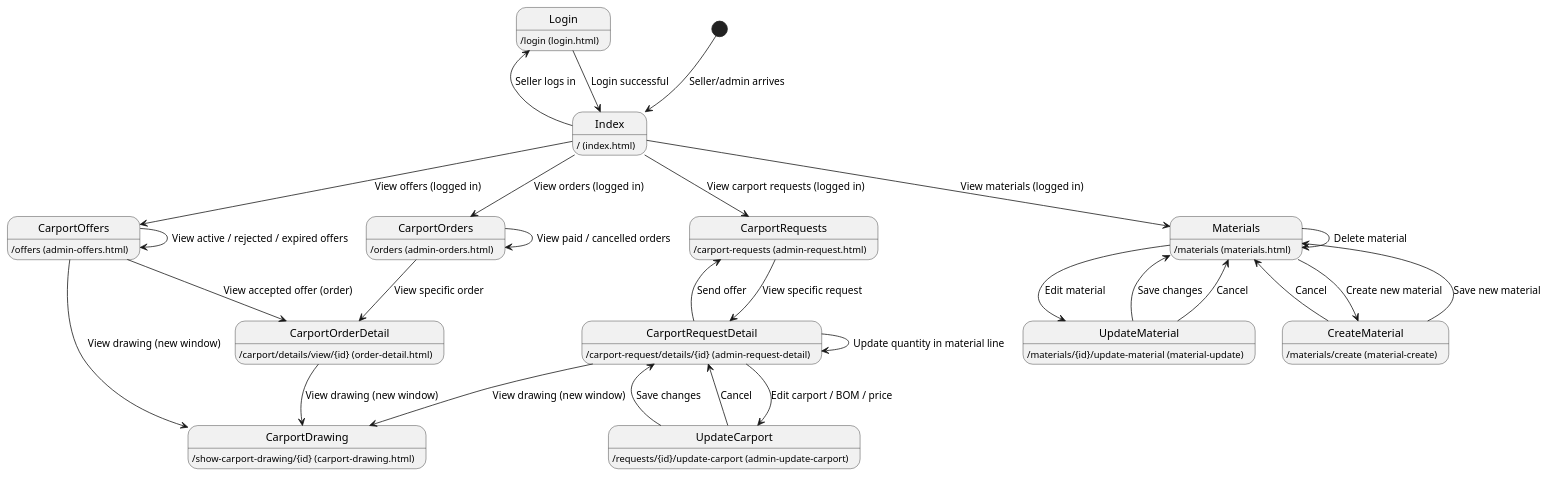
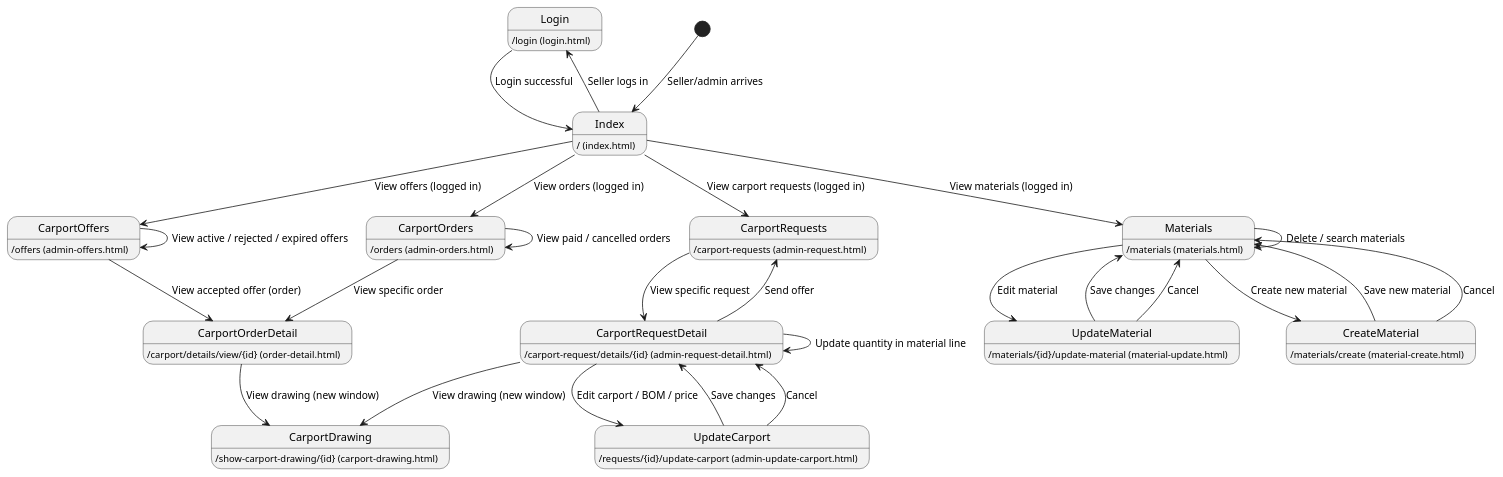
The diagram in docs/models/admin-state-machine-diagram.puml (DHangaard/fog-carport), drawn with PlantUML before and after one commit.

Commit message:
Fix machine diagram

```diff
--- a/docs/models/admin-state-machine-diagram.puml
+++ b/docs/models/admin-state-machine-diagram.puml
@@ -1,49 +1,48 @@
 @startuml
 
 Login : /login (login.html)
 Index : / (index.html)
 CarportOffers: /offers (admin-offers.html)
 CarportOrders: /orders (admin-orders.html)
 CarportRequests : /carport-requests (admin-request.html)
-CarportRequestDetail : /carport-request/details/{id} (admin-request-detail)
-UpdateCarport : /requests/{id}/update-carport (admin-update-carport)
+CarportRequestDetail : /carport-request/details/{id} (admin-request-detail.html)
+UpdateCarport : /requests/{id}/update-carport (admin-update-carport.html)
 CarportOrderDetail : /carport/details/view/{id} (order-detail.html)
 CarportDrawing : /show-carport-drawing/{id} (carport-drawing.html)
 Materials : /materials (materials.html)
-UpdateMaterial : /materials/{id}/update-material (material-update)
-CreateMaterial : /materials/create (material-create)
+UpdateMaterial : /materials/{id}/update-material (material-update.html)
+CreateMaterial : /materials/create (material-create.html)
 
 [*] --> Index : Seller/admin arrives
 
 Index --> Login : Seller logs in
 Login --> Index : Login successful
 Index --> CarportRequests : View carport requests (logged in)
 Index --> CarportOffers : View offers (logged in)
 Index --> CarportOrders : View orders (logged in)
 Index --> Materials : View materials (logged in)
 
 CarportRequests --> CarportRequestDetail : View specific request
 CarportRequestDetail --> UpdateCarport : Edit carport / BOM / price
 UpdateCarport --> CarportRequestDetail : Save changes
 UpdateCarport --> CarportRequestDetail : Cancel
 CarportRequestDetail --> CarportDrawing : View drawing (new window)
 CarportRequestDetail --> CarportRequests : Send offer
 CarportRequestDetail --> CarportRequestDetail : Update quantity in material line
 
 CarportOffers --> CarportOrderDetail : View accepted offer (order)
 CarportOffers --> CarportOffers : View active / rejected / expired offers
-CarportOffers --> CarportDrawing : View drawing (new window)
 
 CarportOrders --> CarportOrderDetail : View specific order
 CarportOrderDetail --> CarportDrawing : View drawing (new window)
 CarportOrders --> CarportOrders : View paid / cancelled orders
 
 Materials --> UpdateMaterial : Edit material
 UpdateMaterial --> Materials : Save changes
 UpdateMaterial --> Materials : Cancel
 Materials --> CreateMaterial : Create new material
 CreateMaterial --> Materials : Save new material
 CreateMaterial --> Materials : Cancel
-Materials --> Materials : Delete material
+Materials --> Materials : Delete / search materials
 
 @enduml
```
